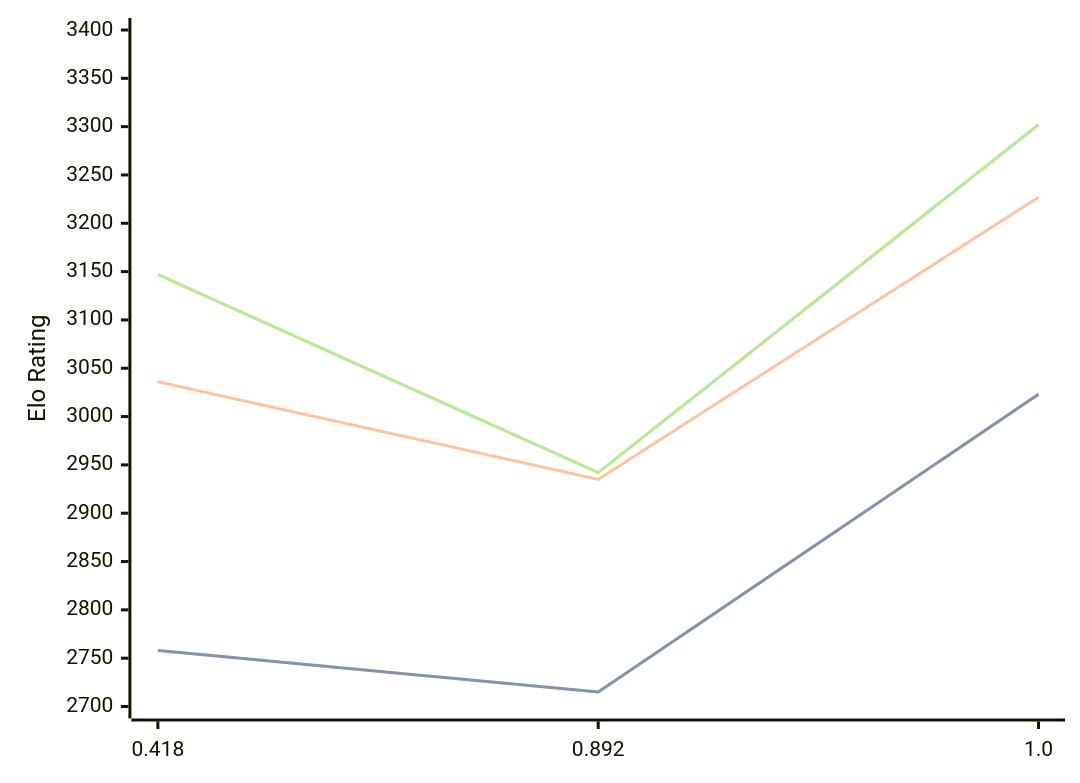
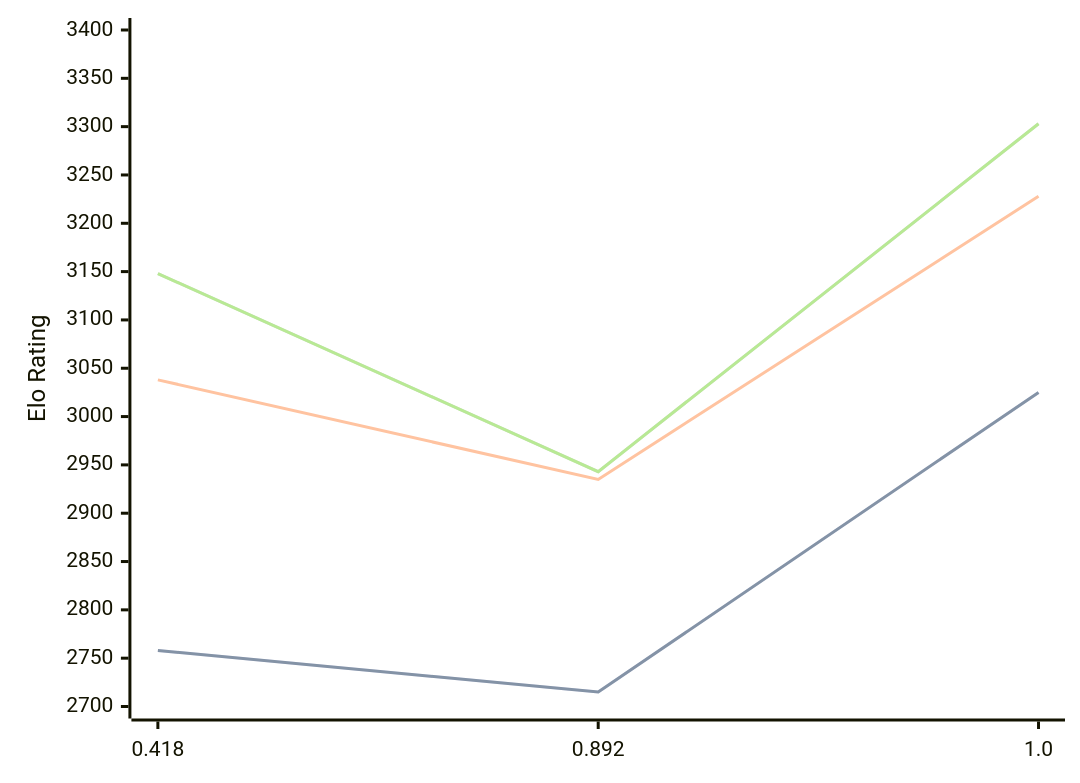
One commit to computer-chess-index/cci changed the diagram in engines/Malika.md. Above: the diagram before and after it, drawn with Mermaid. The commit also changed other lines of this file, not shown here.

Commit message:
Update CCI Ratings (ELO VLTC) - 2026-05-03

````diff
--- a/engines/Malika.md
+++ b/engines/Malika.md
@@ -33,11 +33,11 @@
 ```mermaid
 %%{init: {"theme":"base","themeVariables":{"seriesColors:['#a3a3a3','#222221','#faa371']}}}%%
 xychart-beta
   x-axis ["0.418", "0.892", "1.0"]
   y-axis "Elo Rating" 2700 --> 3400
-  line "STC (8.0+0.08s)" [2758, 2715, 3023]
-  line "STC (8.0+0.08s)" [2758, 2715, 3023]
-  line "LTC (60.0+0.60s)" [3036, 2935, 3227]
-  line "VLTC (2m24s+1.12s)" [3147, 2942, 3302]
-  line "VLTC (2m24s+1.12s)" [3147, 2942, 3302]
+  line "STC (8.0+0.08s)" [2758, 2715, 3025]
+  line "STC (8.0+0.08s)" [2758, 2715, 3025]
+  line "LTC (60.0+0.60s)" [3038, 2935, 3228]
+  line "VLTC (2m24s+1.12s)" [3148, 2943, 3303]
+  line "VLTC (2m24s+1.12s)" [3148, 2943, 3303]
 ```
````
